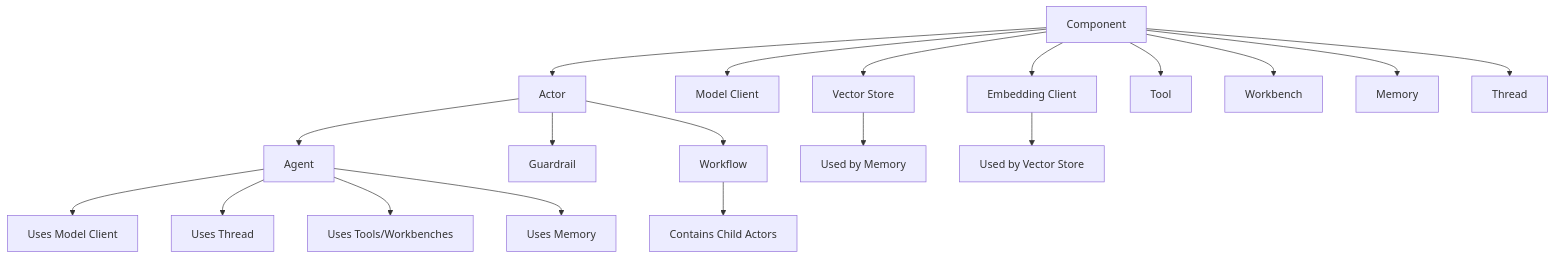
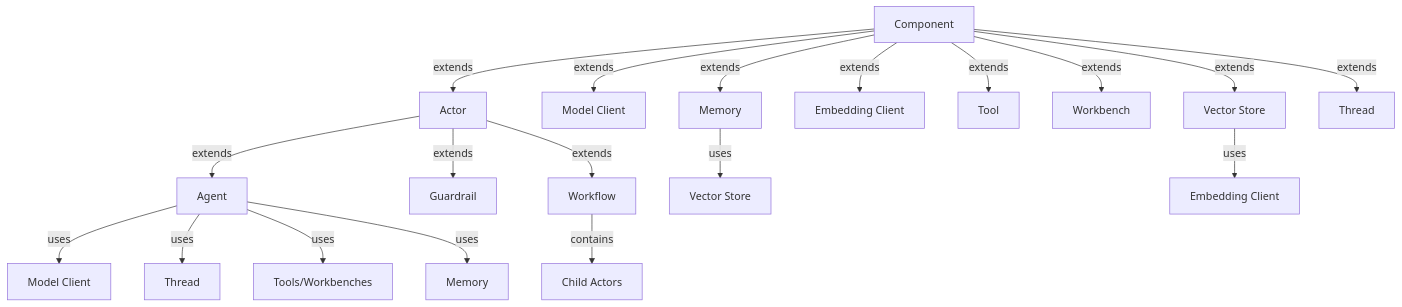
Before and after one commit to microsoft/agent-framework: the diagram in docs/design/main.md, drawn with Mermaid. The commit also changed other lines of this file, not shown here.

````diff
--- a/docs/design/main.md
+++ b/docs/design/main.md
@@ -101,25 +101,25 @@
 ```mermaid
 graph TD
-    Component[Component] --> Actor[Actor]
-    Actor --> Agent[Agent]
-    Actor --> Guardrail[Guardrail]
-    Actor --> Workflow[Workflow]
+    Component[Component] --> |extends| Actor[Actor]
+    Actor --> |extends| Agent[Agent]
+    Actor --> |extends| Guardrail[Guardrail]
+    Actor --> |extends| Workflow[Workflow]
     
-    Component --> ModelClient[Model Client]
-    Component --> VectorStore[Vector Store]
-    Component --> EmbeddingClient[Embedding Client]
-    Component --> Tool[Tool]
-    Component --> Workbench[Workbench]
-    Component --> Memory[Memory]
-    Component --> Thread[Thread]
+    Component --> |extends| ModelClient[Model Client]
+    Component --> |extends| VectorStore[Vector Store]
+    Component --> |extends| EmbeddingClient[Embedding Client]
+    Component --> |extends| Tool[Tool]
+    Component --> |extends| Workbench[Workbench]
+    Component --> |extends| Memory[Memory]
+    Component --> |extends| Thread[Thread]
     
-    Agent --> uses1[Uses Model Client]
-    Agent --> uses2[Uses Thread]
-    Agent --> uses3[Uses Tools/Workbenches]
-    Agent --> uses4[Uses Memory]
+    Agent --> |uses| uses1[Model Client]
+    Agent --> |uses| uses2[Thread]
+    Agent --> |uses| uses3[Tools/Workbenches]
+    Agent --> |uses| uses4[Memory]
     
-    Workflow --> contains[Contains Child Actors]
-    
-    VectorStore --> usedBy[Used by Memory]
-    EmbeddingClient --> usedBy2[Used by Vector Store]
+    Workflow --> |contains| contains[Child Actors]
+
+    Memory --> |uses| uses5[Vector Store]
+    VectorStore --> |uses| uses6[Embedding Client]
 ```
````
